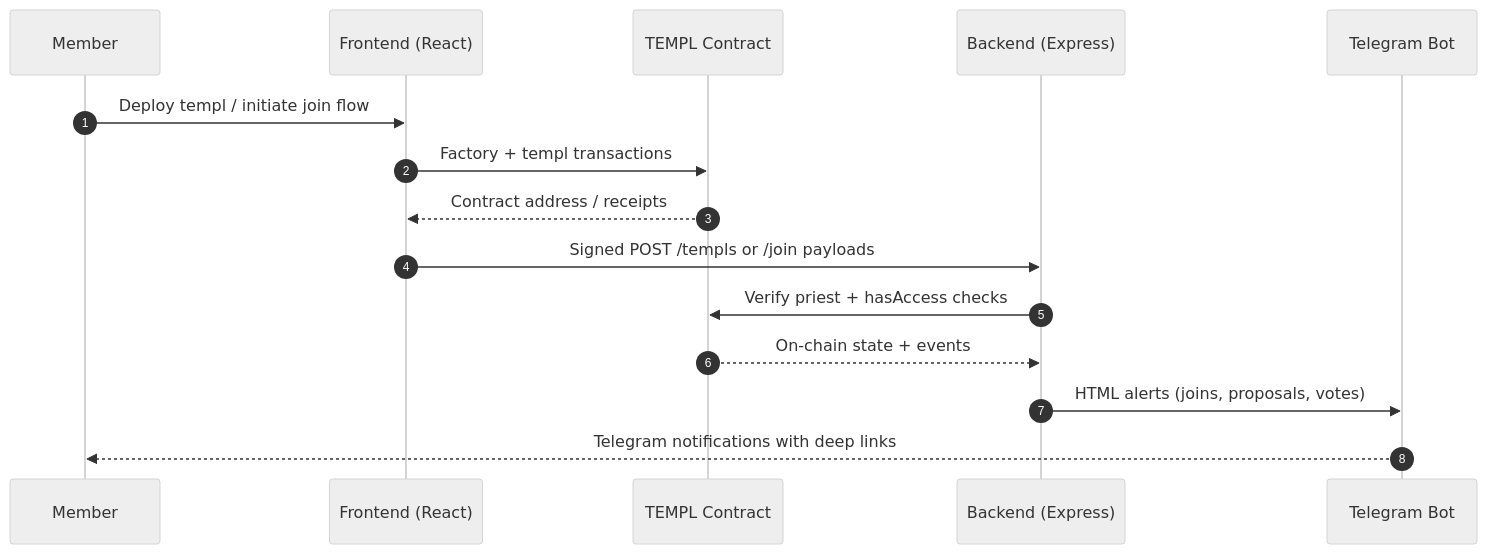
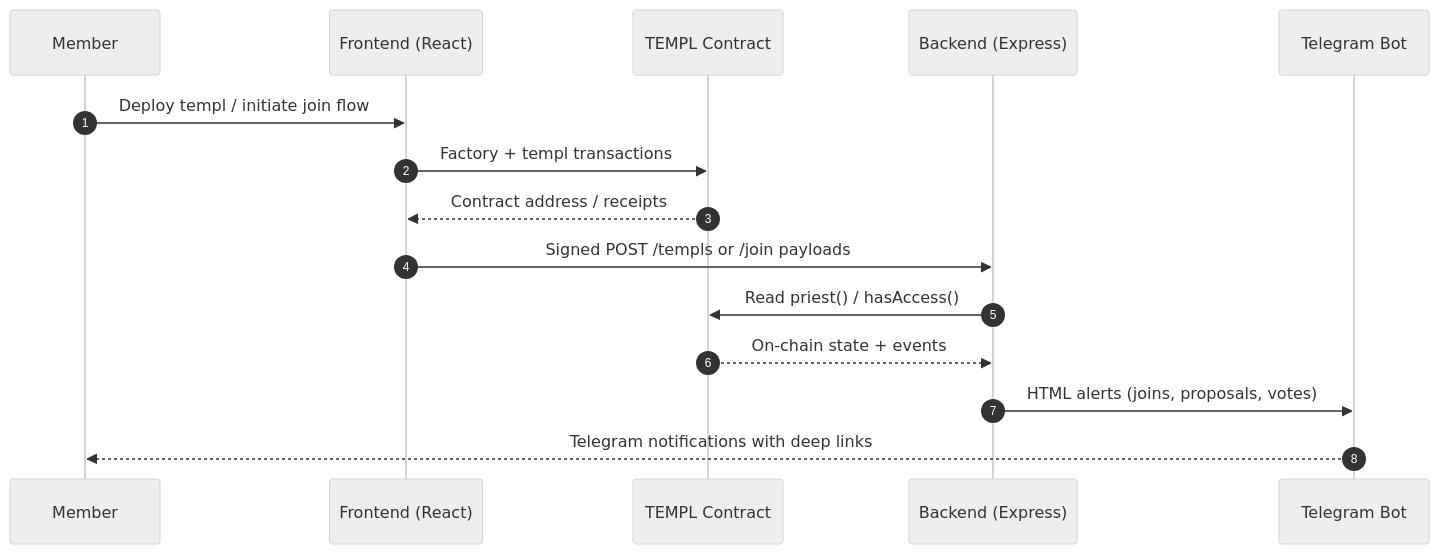
One commit to templ-fun/templ-evm-protocol changed the diagram in README.md. Above: the diagram before and after it, drawn with Mermaid (neutral theme).

Commit message:
docs: adjust copy

````diff
--- a/README.md
+++ b/README.md
@@ -10,17 +10,17 @@
 ```mermaid
 sequenceDiagram
     autonumber
     participant M as Member
     participant F as Frontend (React)
     participant C as TEMPL Contract
     participant B as Backend (Express)
     participant T as Telegram Bot
     M->>F: Deploy templ / initiate join flow
     F->>C: Factory + templ transactions
     C-->>F: Contract address / receipts
     F->>B: Signed POST /templs or /join payloads
-    B->>C: Verify priest + hasAccess checks
+    B->>C: Read priest() / hasAccess()
     C-->>B: On-chain state + events
     B->>T: HTML alerts (joins, proposals, votes)
     T-->>M: Telegram notifications with deep links
 ```
````
